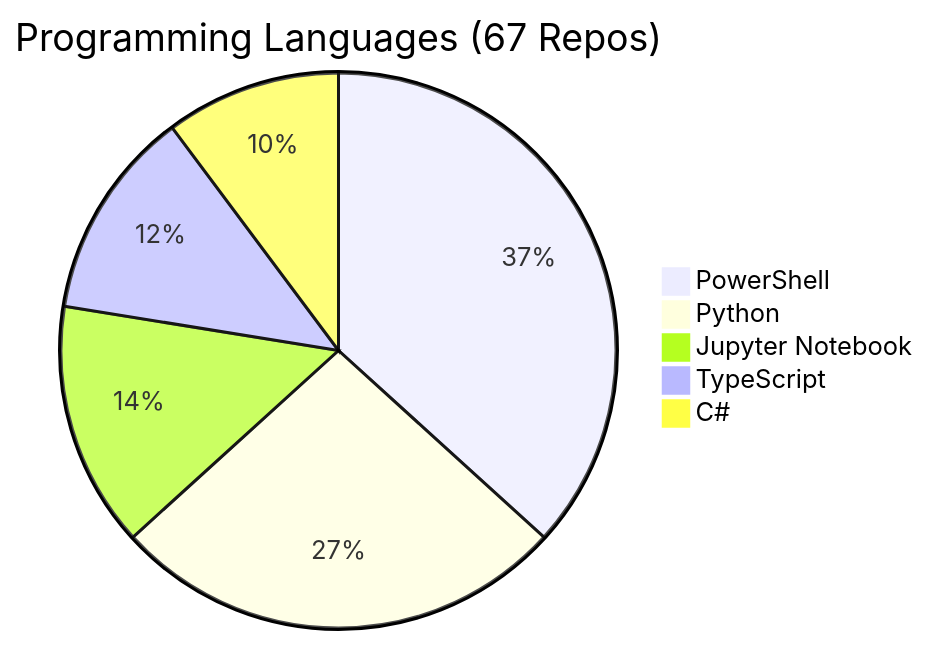
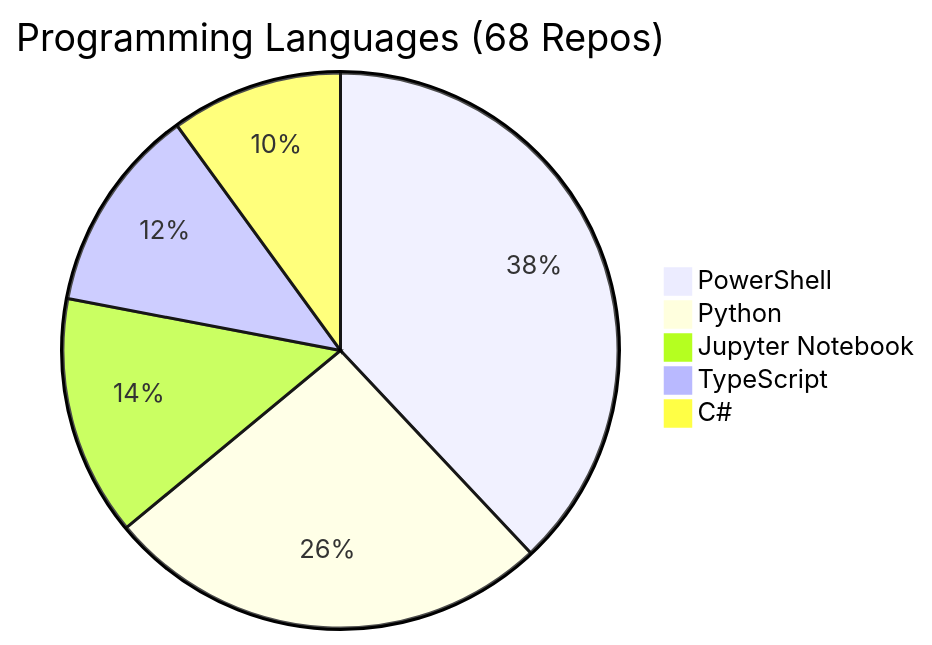
One commit to fabioc-aloha/fabioc-aloha changed the diagram in REPOS.md. Above: the diagram before and after it, drawn with Mermaid. The commit also changed other lines of this file and 235 other files, not shown here.

First line of the commit message:
t rebase --continue chore: cognitive cleanup + ASCII→Mermaid diagrams + brand enhancements

````diff
--- a/REPOS.md
+++ b/REPOS.md
@@ -110,8 +111,8 @@
 ```mermaid
-pie title Programming Languages (67 Repos)
-    "PowerShell" : 18
+pie title Programming Languages (68 Repos)
+    "PowerShell" : 19
     "Python" : 13
     "Jupyter Notebook" : 7
     "TypeScript" : 6
     "C#" : 5
 ```
````
